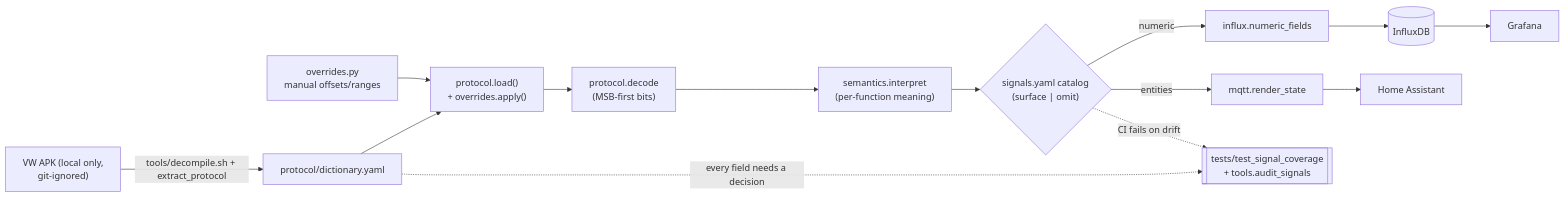
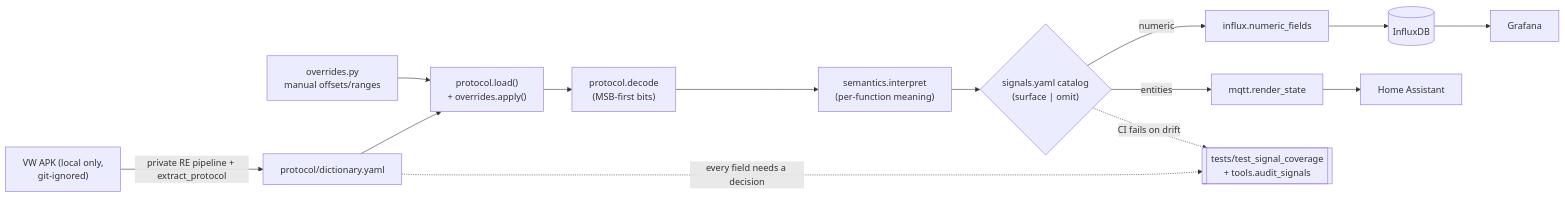
One commit to ckeller42/open-california changed the first of 4 diagrams in docs/architecture.md. Above: the diagram before and after it, drawn with Mermaid. The commit also changed 6 other files, not shown here.

First line of the commit message:
chore(public-prep): move decompile tooling to the private RE repo

````diff
--- a/docs/architecture.md
+++ b/docs/architecture.md
@@ -9,13 +9,13 @@
 ```mermaid
 flowchart LR
-  APK["VW APK (local only,\ngit-ignored)"] -->|tools/decompile.sh + extract_protocol| DICT[protocol/dictionary.yaml]
+  APK["VW APK (local only,\ngit-ignored)"] -->|private RE pipeline + extract_protocol| DICT[protocol/dictionary.yaml]
   DICT --> LOAD["protocol.load()\n+ overrides.apply()"]
   OVR[overrides.py\nmanual offsets/ranges] --> LOAD
   LOAD --> DECODE["protocol.decode\n(MSB-first bits)"]
   DECODE --> SEM["semantics.interpret\n(per-function meaning)"]
   SEM --> CAT{"signals.yaml catalog\n(surface | omit)"}
   CAT -->|numeric| INFLUX[influx.numeric_fields] --> IDB[(InfluxDB)] --> GRAF[Grafana]
   CAT -->|entities| MQTT[mqtt.render_state] --> HA[Home Assistant]
   DICT -. every field needs a decision .-> GUARD[[tests/test_signal_coverage\n+ tools.audit_signals]]
   CAT -. CI fails on drift .-> GUARD
 ```
````
